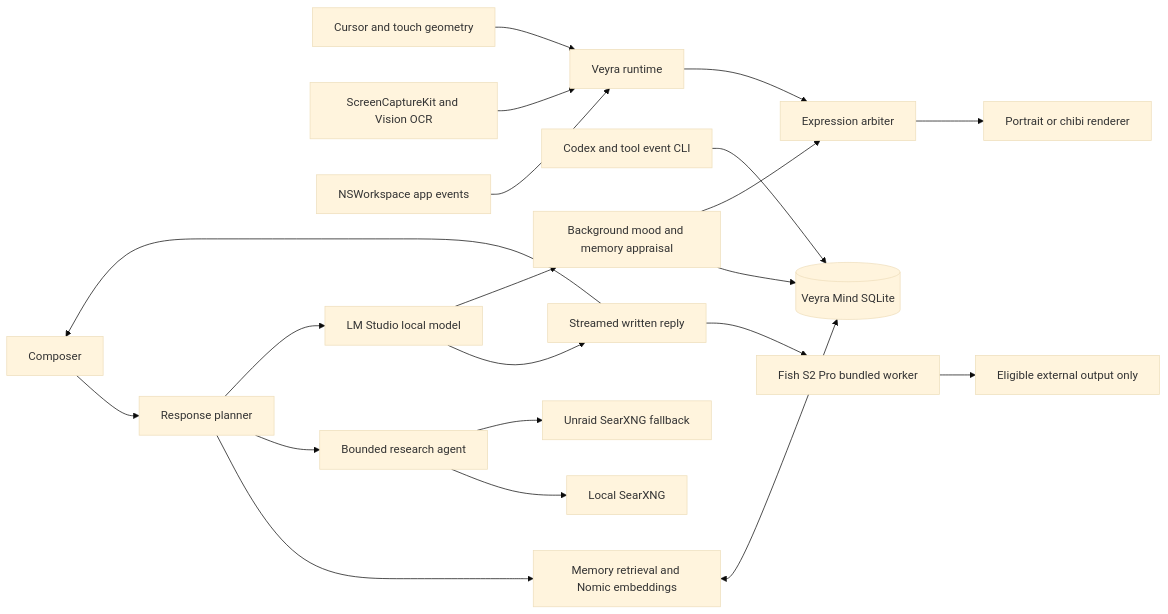
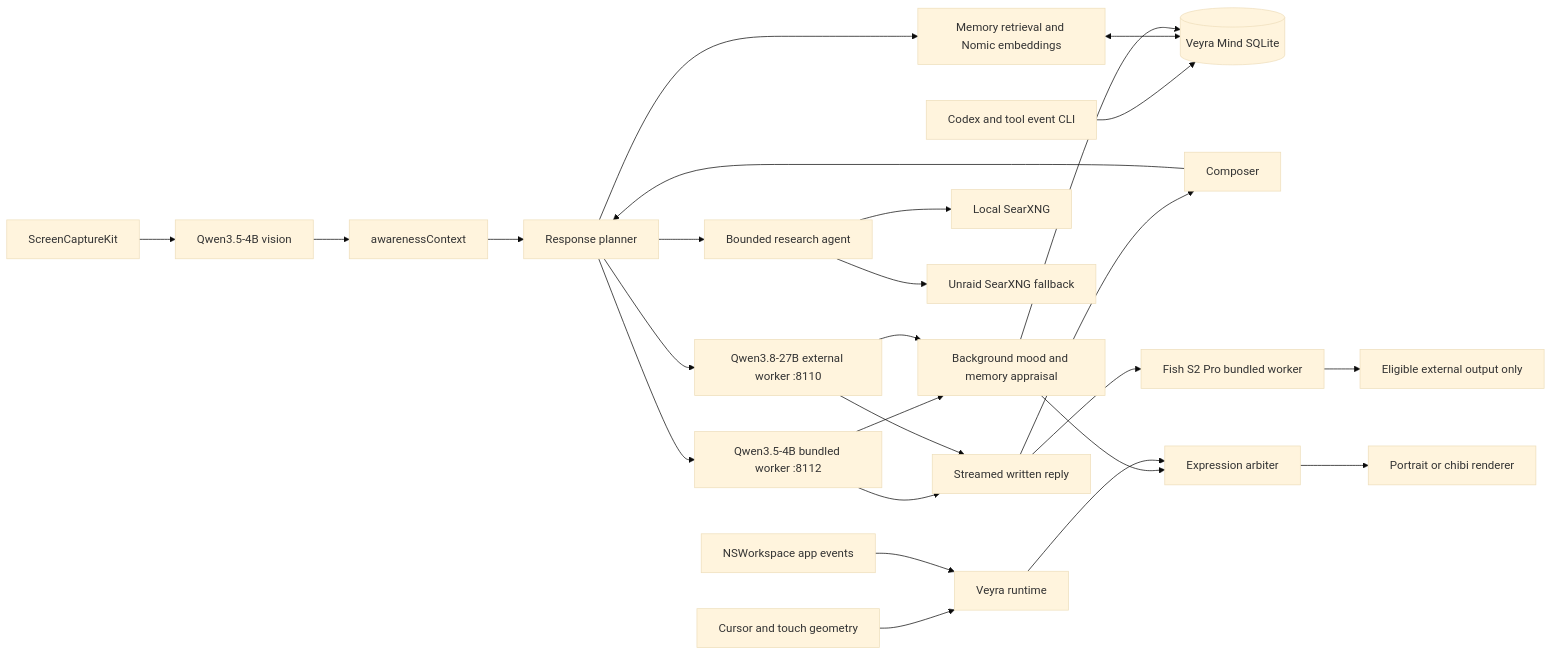
The diagram in Projects/Veyra Companion/01 - Architecture and Implementation Plan.md (AIMDaAlien/Obsidian-Vault), drawn with Mermaid (base theme) before and after one commit. The commit also changed other lines of this file and 1 other file, not shown here.

````diff
--- a/Projects/Veyra Companion/01 - Architecture and Implementation Plan.md
+++ b/Projects/Veyra Companion/01 - Architecture and Implementation Plan.md
@@ -11,23 +11,28 @@
 ```mermaid
 flowchart LR
     Cursor[Cursor and touch geometry] --> Runtime[Veyra runtime]
-    Screen[ScreenCaptureKit and Vision OCR] --> Runtime
+    Screen[ScreenCaptureKit] --> Vision[Qwen3.5-4B vision]
+    Vision --> Awareness[awarenessContext]
     Apps[NSWorkspace app events] --> Runtime
     CLI[Codex and tool event CLI] --> Mind[(Veyra Mind SQLite)]
     Composer[Composer] --> Router[Response planner]
     Router --> Memory[Memory retrieval and Nomic embeddings]
     Memory <--> Mind
+    Awareness --> Router
     Router --> Research[Bounded research agent]
     Research --> LocalSearX[Local SearXNG]
     Research --> UnraidSearX[Unraid SearXNG fallback]
-    Router --> LM[LM Studio local model]
-    LM --> Stream[Streamed written reply]
+    Router --> Fast[Qwen3.5-4B bundled worker :8112]
+    Router --> Deep[Qwen3.8-27B external worker :8110]
+    Fast --> Stream[Streamed written reply]
+    Deep --> Stream
     Stream --> TTS[Fish S2 Pro bundled worker]
     TTS --> Audio[Eligible external output only]
-    LM --> Appraisal[Background mood and memory appraisal]
+    Fast --> Appraisal[Background mood and memory appraisal]
+    Deep --> Appraisal
     Appraisal --> Mind
     Appraisal --> Arbiter[Expression arbiter]
     Runtime --> Arbiter
     Arbiter --> Renderer[Portrait or chibi renderer]
     Stream --> Composer
 ```
````
